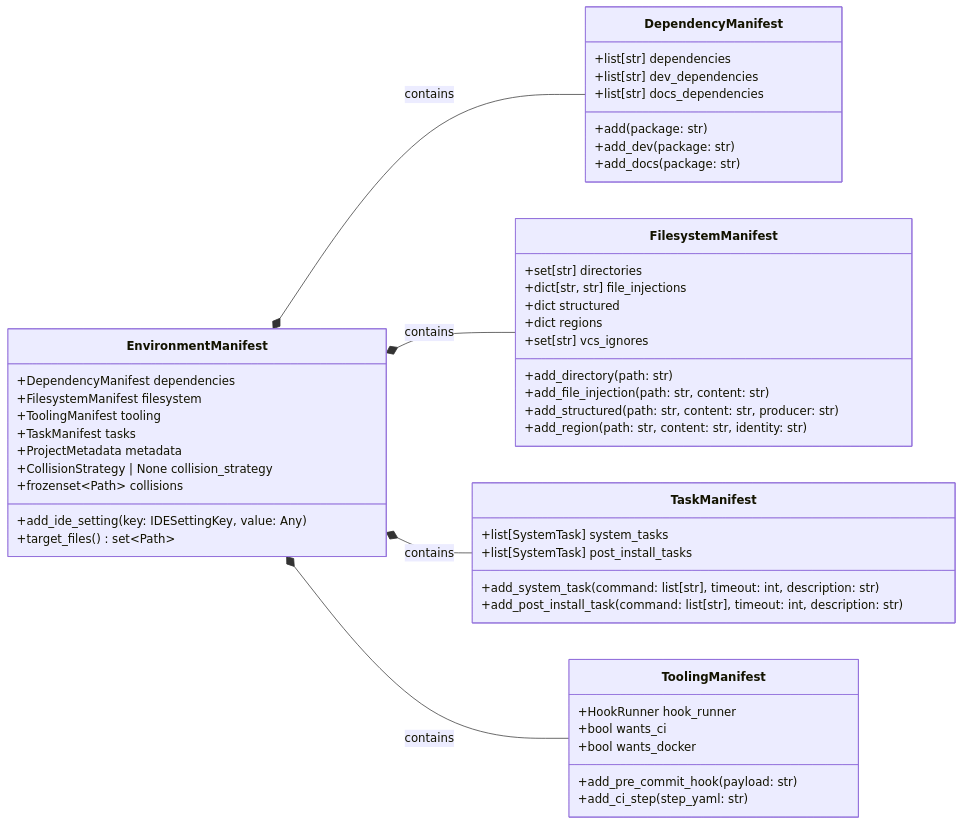
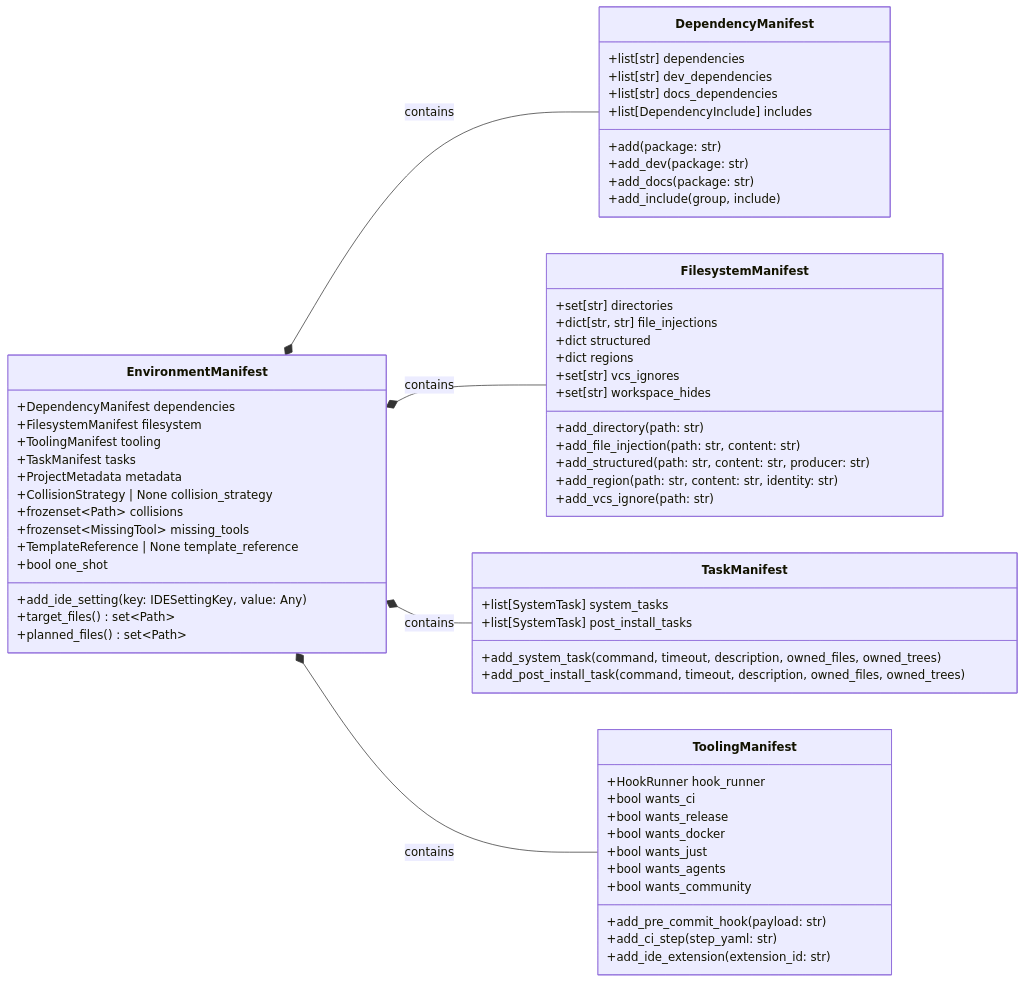
One commit to JacksonFergusonDev/protostar changed the first of 2 diagrams in docs/developer/api-reference.md. Above: the diagram before and after it, drawn with Mermaid. The commit also changed other lines of this file and 20 other files, not shown here.

````diff
--- a/docs/developer/api-reference.md
+++ b/docs/developer/api-reference.md
@@ -11,57 +11,70 @@
 ```mermaid
 classDiagram
     direction LR
 
     class EnvironmentManifest {
         +DependencyManifest dependencies
         +FilesystemManifest filesystem
         +ToolingManifest tooling
         +TaskManifest tasks
         +ProjectMetadata metadata
         +CollisionStrategy | None collision_strategy
         +frozenset~Path~ collisions
+        +frozenset~MissingTool~ missing_tools
+        +TemplateReference | None template_reference
+        +bool one_shot
         +add_ide_setting(key: IDESettingKey, value: Any)
         +target_files() set~Path~
+        +planned_files() set~Path~
     }
 
     class DependencyManifest {
         +list[str] dependencies
         +list[str] dev_dependencies
         +list[str] docs_dependencies
+        +list[DependencyInclude] includes
         +add(package: str)
         +add_dev(package: str)
         +add_docs(package: str)
+        +add_include(group, include)
     }
 
     class FilesystemManifest {
         +set[str] directories
         +dict[str, str] file_injections
         +dict structured
         +dict regions
         +set[str] vcs_ignores
+        +set[str] workspace_hides
         +add_directory(path: str)
         +add_file_injection(path: str, content: str)
         +add_structured(path: str, content: str, producer: str)
         +add_region(path: str, content: str, identity: str)
+        +add_vcs_ignore(path: str)
     }
 
     class TaskManifest {
         +list[SystemTask] system_tasks
         +list[SystemTask] post_install_tasks
-        +add_system_task(command: list[str], timeout: int, description: str)
-        +add_post_install_task(command: list[str], timeout: int, description: str)
+        +add_system_task(command, timeout, description, owned_files, owned_trees)
+        +add_post_install_task(command, timeout, description, owned_files, owned_trees)
     }
 
     class ToolingManifest {
         +HookRunner hook_runner
         +bool wants_ci
+        +bool wants_release
         +bool wants_docker
+        +bool wants_just
+        +bool wants_agents
+        +bool wants_community
         +add_pre_commit_hook(payload: str)
         +add_ci_step(step_yaml: str)
+        +add_ide_extension(extension_id: str)
     }
 
     EnvironmentManifest *-- DependencyManifest : contains
     EnvironmentManifest *-- FilesystemManifest : contains
     EnvironmentManifest *-- TaskManifest : contains
     EnvironmentManifest *-- ToolingManifest : contains
 ```
````
